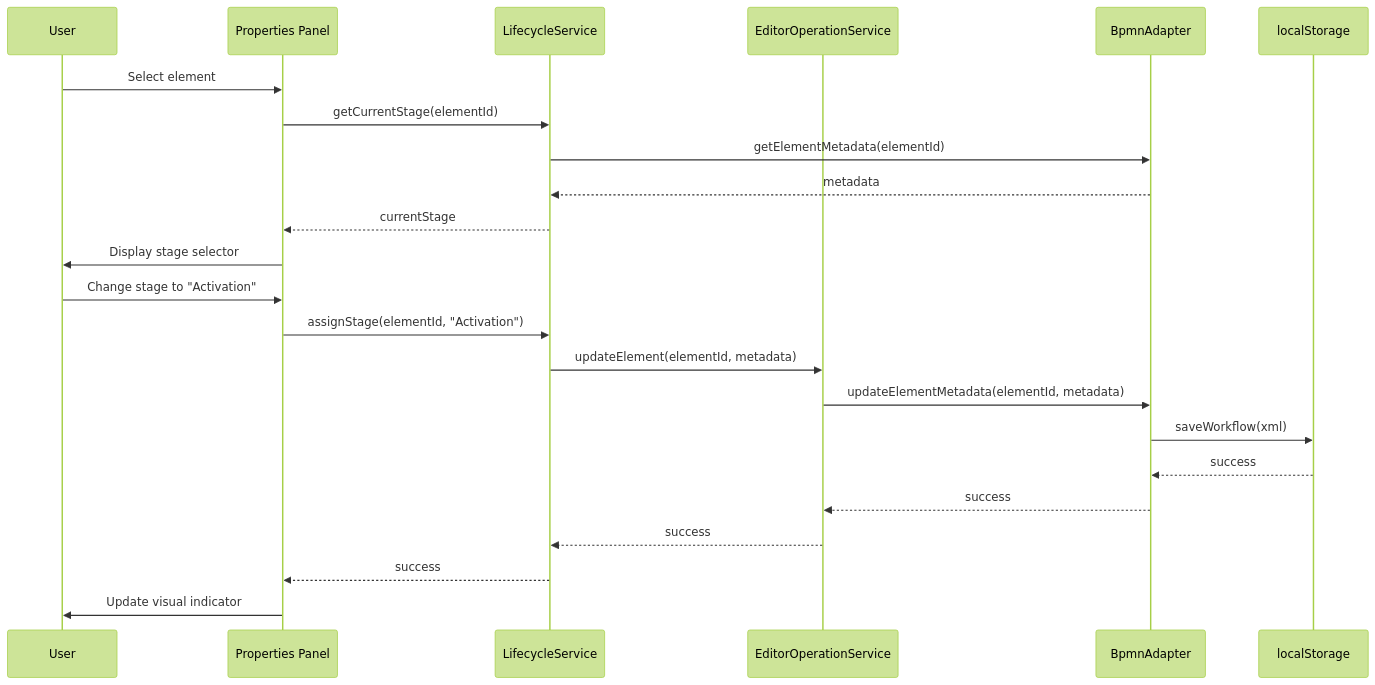
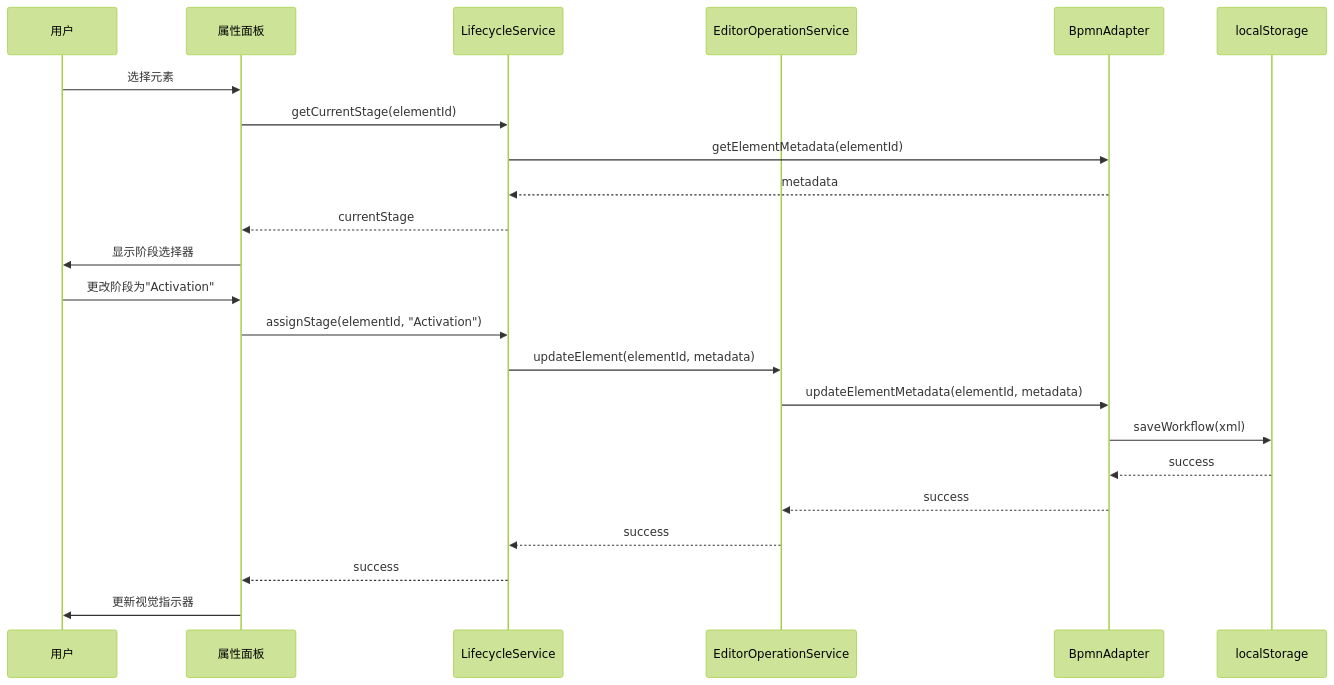
Before and after one commit to liushuai0109/workflow-engine: the fifth of 14 diagrams in openspec/changes/archive/2025-12-19-add-lifecycle-operations-foundation/ARCHITECTURE.md, drawn with Mermaid (forest theme). The commit also changed other lines of this file and 12 other files, not shown here.

````diff
--- a/openspec/changes/archive/2025-12-19-add-lifecycle-operations-foundation/ARCHITECTURE.md
+++ b/openspec/changes/archive/2025-12-19-add-lifecycle-operations-foundation/ARCHITECTURE.md
@@ -222,27 +222,27 @@
 ```mermaid
 sequenceDiagram
-    participant User
-    participant UI as Properties Panel
+    participant User as 用户
+    participant UI as 属性面板
     participant LS as LifecycleService
     participant EOS as EditorOperationService
     participant Adapter as BpmnAdapter
     participant Storage as localStorage
 
-    User->>UI: Select element
+    User->>UI: 选择元素
     UI->>LS: getCurrentStage(elementId)
     LS->>Adapter: getElementMetadata(elementId)
     Adapter-->>LS: metadata
     LS-->>UI: currentStage
-    UI->>User: Display stage selector
+    UI->>User: 显示阶段选择器
 
-    User->>UI: Change stage to "Activation"
+    User->>UI: 更改阶段为"Activation"
     UI->>LS: assignStage(elementId, "Activation")
     LS->>EOS: updateElement(elementId, metadata)
     EOS->>Adapter: updateElementMetadata(elementId, metadata)
     Adapter->>Storage: saveWorkflow(xml)
     Storage-->>Adapter: success
     Adapter-->>EOS: success
     EOS-->>LS: success
     LS-->>UI: success
-    UI->>User: Update visual indicator
+    UI->>User: 更新视觉指示器
 ```
````
